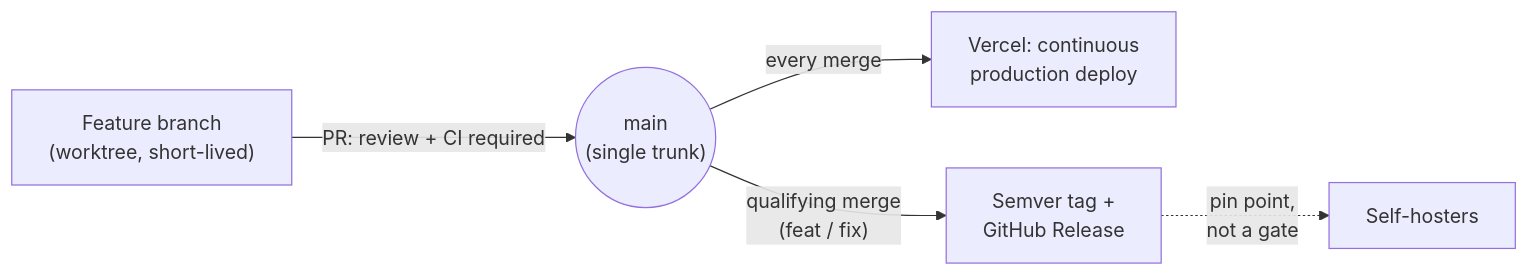
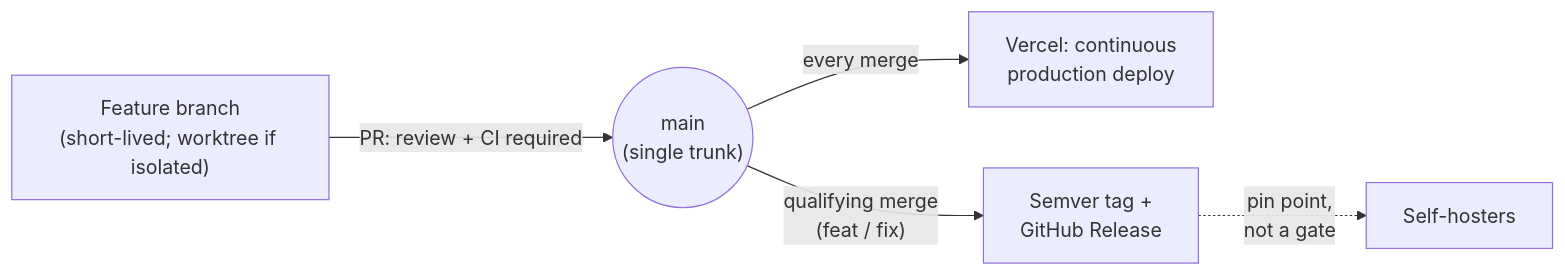
The diagram in CONTRIBUTING.md (sdpilon/riposte), drawn with Mermaid before and after one commit. The commit also changed other lines of this file and 3 other files, not shown here.

````diff
--- a/CONTRIBUTING.md
+++ b/CONTRIBUTING.md
@@ -37,7 +42,7 @@
 ```mermaid
 flowchart LR
-    A["Feature branch<br/>(worktree, short-lived)"] -->|"PR: review + CI required"| B(("main<br/>(single trunk)"))
+    A["Feature branch<br/>(short-lived; worktree if isolated)"] -->|"PR: review + CI required"| B(("main<br/>(single trunk)"))
     B -->|"every merge"| C["Vercel: continuous<br/>production deploy"]
     B -->|"qualifying merge<br/>(feat / fix)"| D["Semver tag +<br/>GitHub Release"]
     D -.->|"pin point,<br/>not a gate"| E["Self-hosters"]
 ```
````
